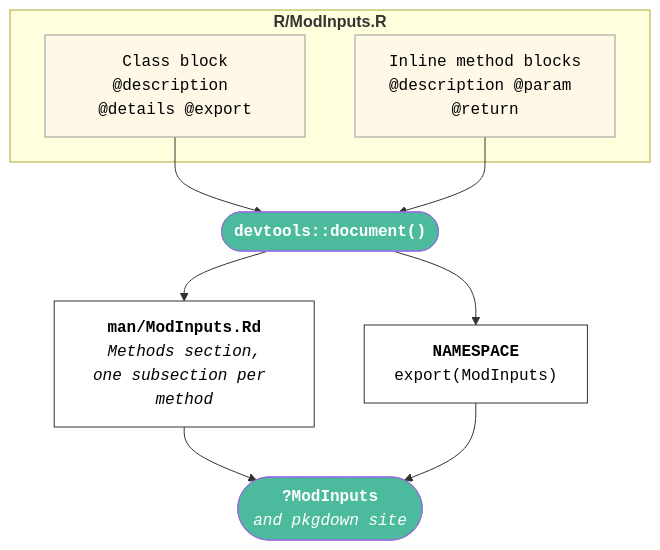
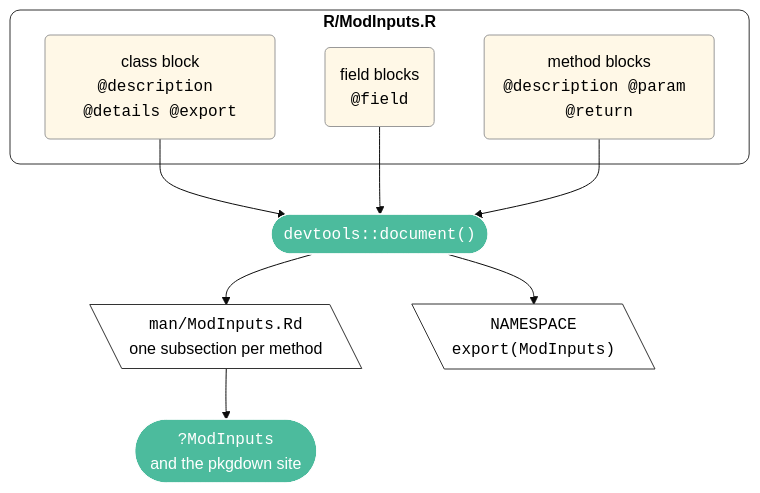
Diagram 11 of 14 in posts/shiny-r6/index.qmd (mjfrigaard/mjfrigaard.github.io), drawn with Mermaid before and after one commit. The commit also changed other lines of this file and 17 other files, not shown here.

````diff
--- a/posts/shiny-r6/index.qmd
+++ b/posts/shiny-r6/index.qmd
@@ -1061,31 +631,34 @@
 ```{mermaid}
 %%| eval: true
 %%| echo: false
 %%| fig-align: 'center'
-%%| fig-caption: 'roxygen2 Workflow for R6 Classes'
-%%{init: {'theme': 'base', 'themeVariables': { 'fontFamily': 'monospace', "darkMode":true}}}}%%
+%%| fig-cap: 'roxygen2 workflow for R6 classes'
+%%{init: {'theme': 'base', 'themeVariables': { 'fontFamily': 'monospace', "darkMode":true}}}%%
 
 flowchart TD
     subgraph Source["<strong>R/ModInputs.R</strong>"]
-        ClassBlock["Class block<br/><code>@description @details @export</code>"]
-        MethodBlock["Inline method blocks<br/><code>@description @param @return</code>"]
+        ClassBlock("class block<br/><code>@description @details @export</code>")
+        FieldBlock("field blocks<br/><code>@field</code>")
+        MethodBlock("method blocks<br/><code>@description @param @return</code>")
     end
-    Document(["<strong>devtools::document()</strong>"])
-    Rd["<strong>man/ModInputs.Rd</strong><br/><em>Methods section,<br/>one subsection per method</em>"]
-    Namespace["<strong>NAMESPACE</strong><br/><code>export(ModInputs)</code>"]
-    Help(["<strong>?ModInputs</strong><br/><em>and pkgdown site</em>"])
+    Document(["<code>devtools::document()</code>"])
+    Rd[\"<code>man/ModInputs.Rd</code><br/>one subsection per method"\]
+    Namespace[\"<code>NAMESPACE</code><br/><code>export(ModInputs)</code>"\]
+    Help(["<code>?ModInputs</code><br/>and the pkgdown site"])
 
     ClassBlock --> Document
+    FieldBlock --> Document
     MethodBlock --> Document
     Document --> Rd
     Document --> Namespace
     Rd --> Help
-    Namespace --> Help
 
-    style ClassBlock fill:#FFF8E7,color:#000000,stroke:#999,font-family:monospace
-    style MethodBlock fill:#FFF8E7,color:#000000,stroke:#999,font-family:monospace
-    style Document fill:#4CBB9D,color:#FFFFFF,rx:5,ry:5,font-family:monospace
-    style Rd fill:#FFFFFF,color:#000000,stroke:#333,font-family:monospace
-    style Namespace fill:#FFFFFF,color:#000000,stroke:#333,font-family:monospace
-    style Help fill:#4CBB9D,color:#FFFFFF,rx:5,ry:5,font-family:monospace
+    style ClassBlock fill:#FFF8E7,color:#000000,stroke:#999
+    style FieldBlock fill:#FFF8E7,color:#000000,stroke:#999
+    style MethodBlock fill:#FFF8E7,color:#000000,stroke:#999
+    style Document fill:#4CBB9D,color:#FFFFFF,rx:5,ry:5
+    style Rd fill:#FFFFFF,color:#000000,stroke:#333
+    style Namespace fill:#FFFFFF,color:#000000,stroke:#333
+    style Help fill:#4CBB9D,color:#FFFFFF,rx:5,ry:5
+    style Source fill:#FFFFFF,color:#000000,stroke:#333,rx:10,ry:10
 ```
````
